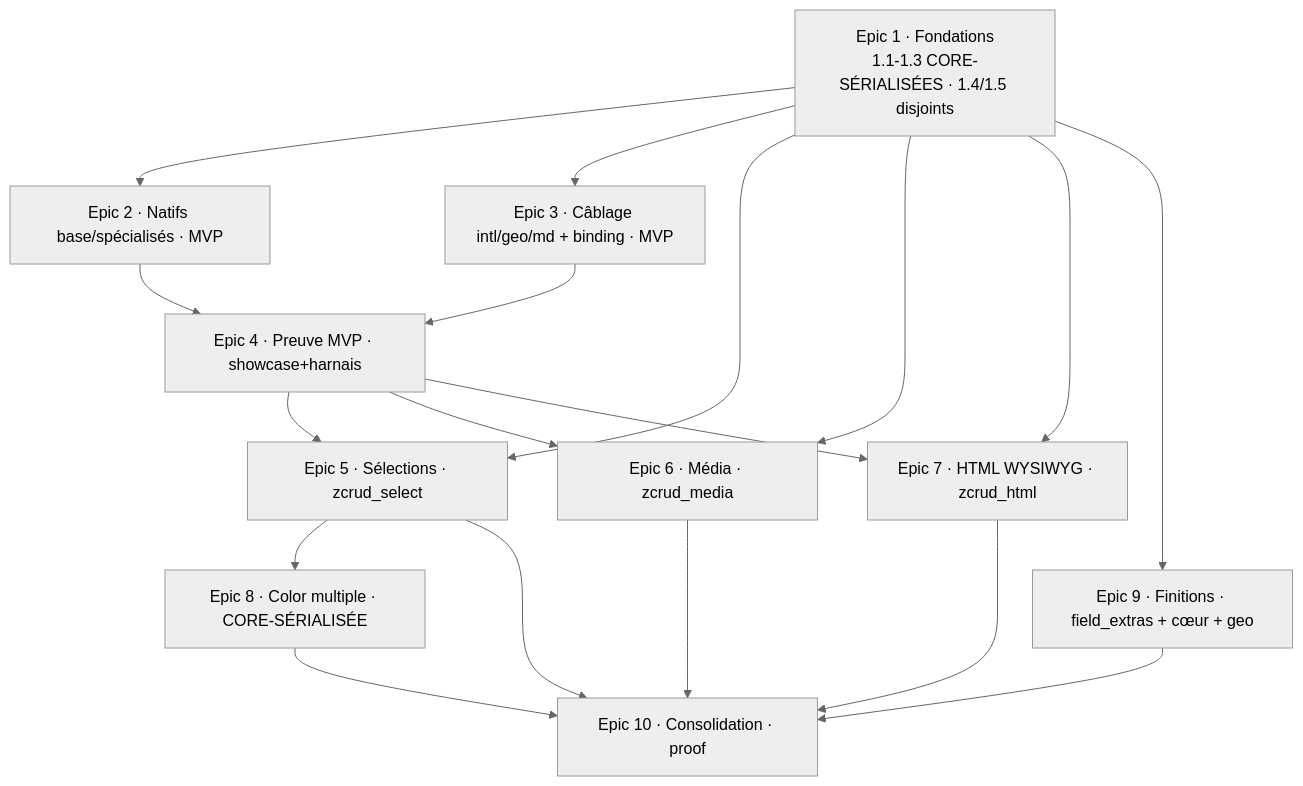
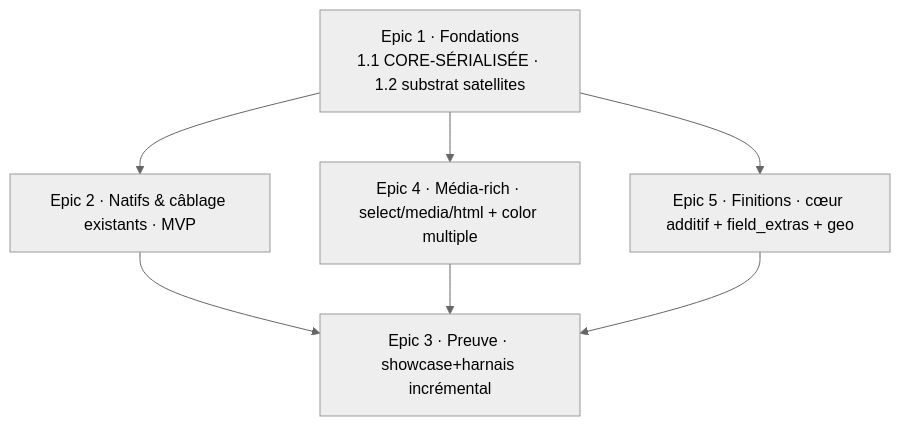
One commit to zakarius-dev/zcrud changed the diagram in _bmad-output/planning-artifacts/epics/epics-zcrud-form-parity-2026-07-18/epics.md. Above: the diagram before and after it, drawn with Mermaid (neutral theme). The commit also changed other lines of this file and 1 other file, not shown here.

First line of the commit message:
chore(planning): consolidation itération Formulaire — 10→5 epics, 37→13 stories

````diff
--- a/_bmad-output/planning-artifacts/epics/epics-zcrud-form-parity-2026-07-18/epics.md
+++ b/_bmad-output/planning-artifacts/epics/epics-zcrud-form-parity-2026-07-18/epics.md
@@ -1004,30 +650,14 @@
 ```mermaid
 graph TD
-  E1[Epic 1 · Fondations<br/>1.1-1.3 CORE-SÉRIALISÉES · 1.4/1.5 disjoints]
-  E2[Epic 2 · Natifs base/spécialisés · MVP]
-  E3[Epic 3 · Câblage intl/geo/md + binding · MVP]
-  E4[Epic 4 · Preuve MVP · showcase+harnais]
-  E5[Epic 5 · Sélections · zcrud_select]
-  E6[Epic 6 · Média · zcrud_media]
-  E7[Epic 7 · HTML WYSIWYG · zcrud_html]
-  E8[Epic 8 · Color multiple · CORE-SÉRIALISÉE]
-  E9[Epic 9 · Finitions · field_extras + cœur + geo]
-  E10[Epic 10 · Consolidation · proof]
+  E1[Epic 1 · Fondations<br/>1.1 CORE-SÉRIALISÉE · 1.2 substrat satellites]
+  E2[Epic 2 · Natifs & câblage existants · MVP]
+  E3[Epic 3 · Preuve · showcase+harnais incrémental]
+  E4[Epic 4 · Média-rich · select/media/html + color multiple]
+  E5[Epic 5 · Finitions · cœur additif + field_extras + geo]
   E1 --> E2
-  E1 --> E3
-  E2 --> E4
-  E3 --> E4
+  E1 --> E4
   E1 --> E5
-  E1 --> E6
-  E1 --> E7
-  E4 --> E5
-  E4 --> E6
-  E4 --> E7
-  E5 --> E8
-  E1 --> E9
-  E5 --> E10
-  E6 --> E10
-  E7 --> E10
-  E8 --> E10
-  E9 --> E10
+  E2 --> E3
+  E4 --> E3
+  E5 --> E3
 ```
````
